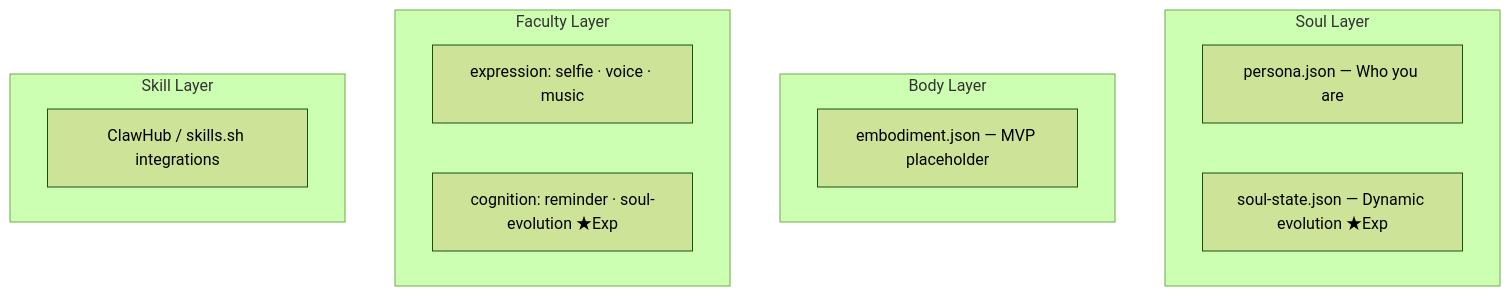
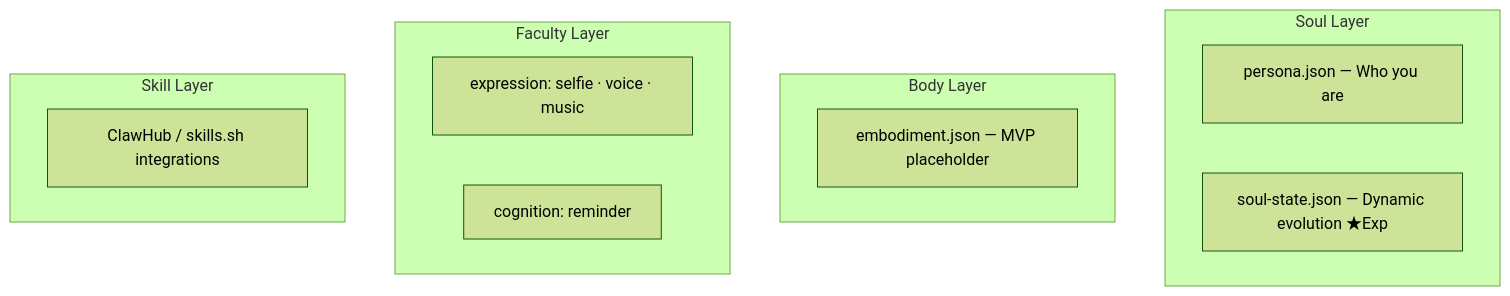
The diagram in README.md (ACNet-AI/OpenPersona), drawn with Mermaid (forest theme) before and after one commit. The commit also changed other lines of this file and 7 other files, not shown here.

First line of the commit message:
refactor: move soul-evolution from Faculty layer to Soul layer

````diff
--- a/README.md
+++ b/README.md
@@ -25,17 +25,17 @@
 ```mermaid
 flowchart TB
   subgraph Soul ["Soul Layer"]
     A["persona.json — Who you are"]
     B["soul-state.json — Dynamic evolution ★Exp"]
   end
   subgraph Body ["Body Layer"]
     C["embodiment.json — MVP placeholder"]
   end
   subgraph Faculty ["Faculty Layer"]
     D["expression: selfie · voice · music"]
-    E["cognition: reminder · soul-evolution ★Exp"]
+    E["cognition: reminder"]
   end
   subgraph Skill ["Skill Layer"]
     F["ClawHub / skills.sh integrations"]
   end
 ```
````
